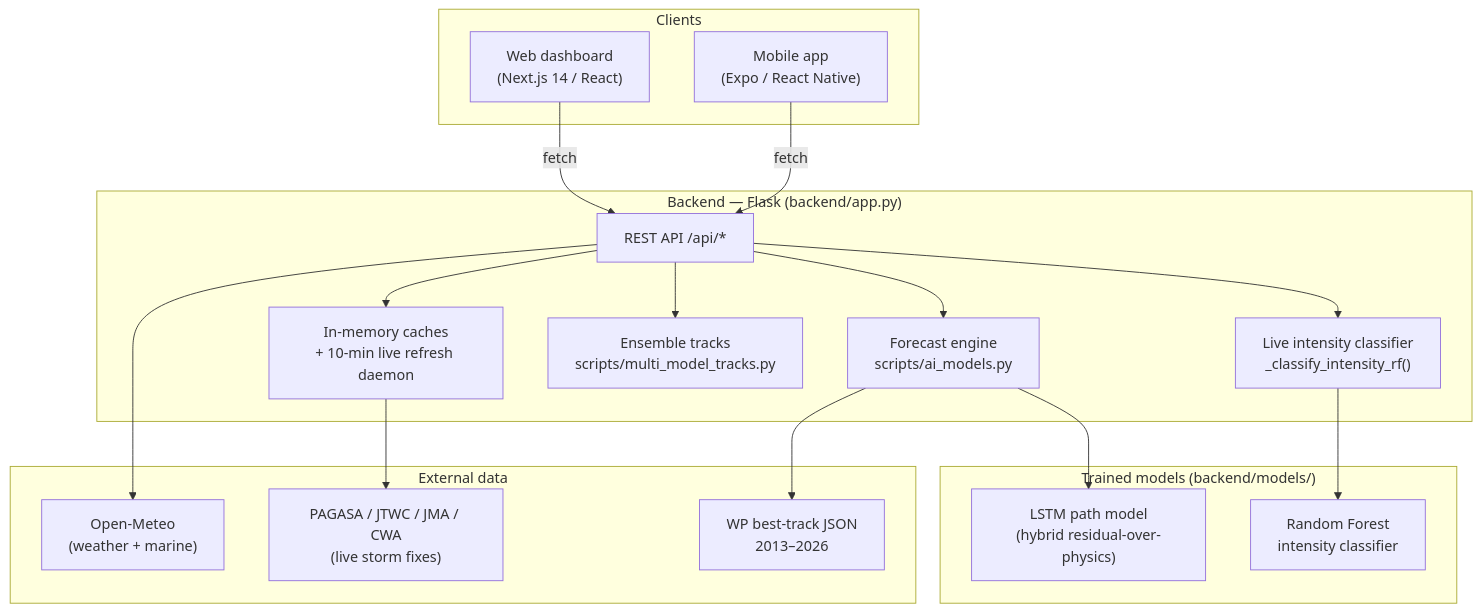
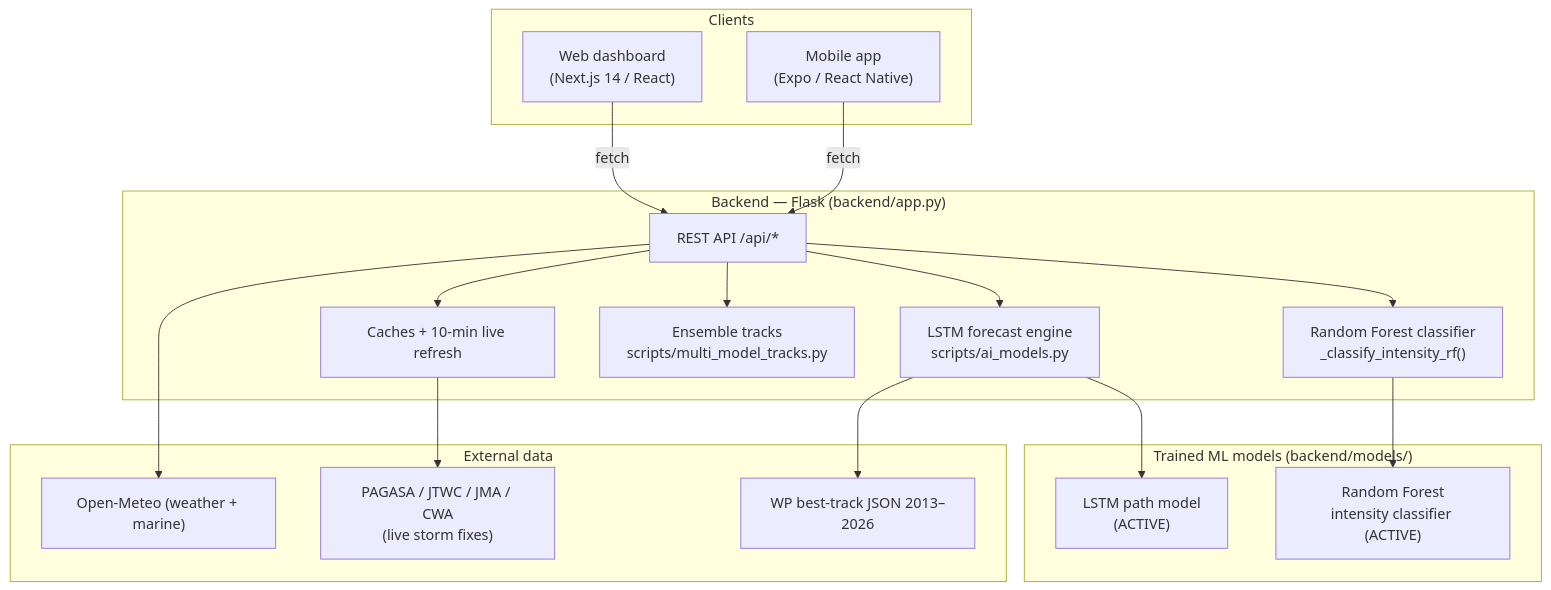
Before and after one commit to Chrisantwo/HeadsUP: the diagram in docs/SYSTEM_DOCUMENTATION.md, drawn with Mermaid. The commit also changed other lines of this file, not shown here.

First line of the commit message:
Rewrite system doc: make clear LSTM + RF are what run (physics is inactive)

````diff
--- a/docs/SYSTEM_DOCUMENTATION.md
+++ b/docs/SYSTEM_DOCUMENTATION.md
@@ -22,34 +44,34 @@
 ```mermaid
 flowchart TD
     subgraph Clients
         WEB["Web dashboard<br/>(Next.js 14 / React)"]
         MOB["Mobile app<br/>(Expo / React Native)"]
     end
 
     subgraph Backend["Backend — Flask (backend/app.py)"]
         API["REST API /api/*"]
-        AIM["Forecast engine<br/>scripts/ai_models.py"]
-        RFC["Live intensity classifier<br/>_classify_intensity_rf()"]
+        AIM["LSTM forecast engine<br/>scripts/ai_models.py"]
+        RFC["Random Forest classifier<br/>_classify_intensity_rf()"]
         MM["Ensemble tracks<br/>scripts/multi_model_tracks.py"]
-        CACHE["In-memory caches<br/>+ 10-min live refresh daemon"]
+        CACHE["Caches + 10-min live refresh"]
     end
 
-    subgraph Models["Trained models (backend/models/)"]
-        LSTM["LSTM path model<br/>(hybrid residual-over-physics)"]
-        RF["Random Forest<br/>intensity classifier"]
+    subgraph Models["Trained ML models (backend/models/)"]
+        LSTM["LSTM path model<br/>(ACTIVE)"]
+        RF["Random Forest<br/>intensity classifier (ACTIVE)"]
     end
 
     subgraph External["External data"]
-        OM["Open-Meteo<br/>(weather + marine)"]
+        OM["Open-Meteo (weather + marine)"]
         LIVE["PAGASA / JTWC / JMA / CWA<br/>(live storm fixes)"]
-        HIST["WP best-track JSON<br/>2013–2026"]
+        HIST["WP best-track JSON 2013–2026"]
     end
 
     WEB & MOB -->|fetch| API
     API --> AIM --> LSTM
     API --> RFC --> RF
     API --> MM
     API --> CACHE --> LIVE
     API --> OM
     AIM --> HIST
 ```
````
